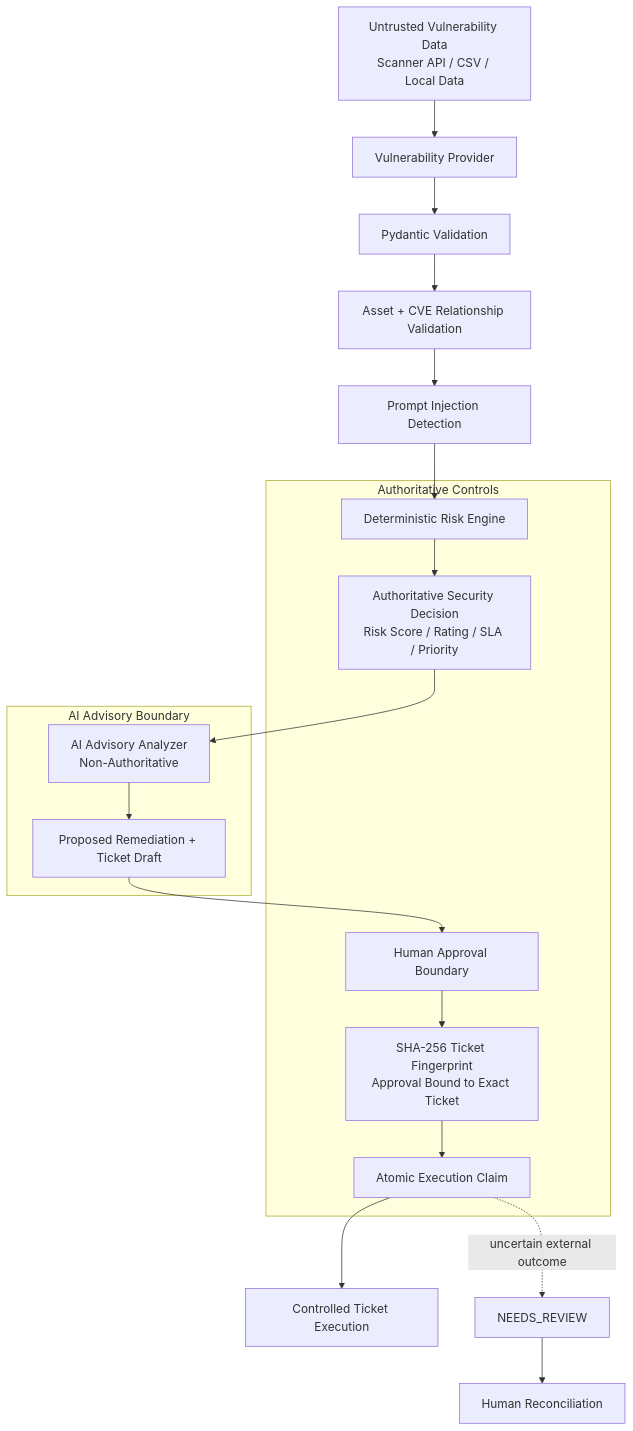
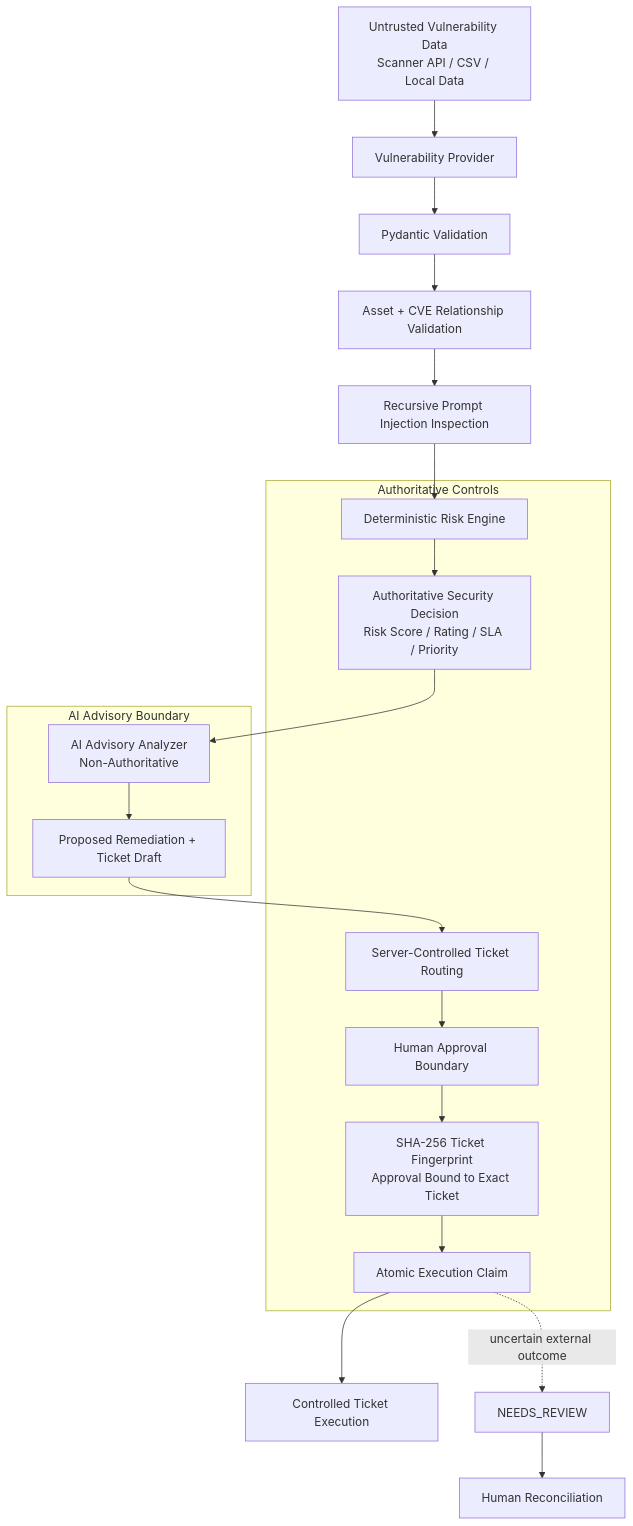
The diagram in README.md (shabaaz3000-oss/vm-ai-agent), drawn with Mermaid before and after one commit. The commit also changed other lines of this file, not shown here.

````diff
--- a/README.md
+++ b/README.md
@@ -105,41 +171,44 @@
 ```mermaid
 flowchart TD
     A["Untrusted Vulnerability Data<br/>Scanner API / CSV / Local Data"] --> B["Vulnerability Provider"]
 
     B --> C["Pydantic Validation"]
     C --> D["Asset + CVE Relationship Validation"]
-    D --> E["Prompt Injection Detection"]
+    D --> E["Recursive Prompt Injection Inspection"]
 
     E --> F["Deterministic Risk Engine"]
 
     F --> G["Authoritative Security Decision<br/>Risk Score / Rating / SLA / Priority"]
 
     G --> H["AI Advisory Analyzer<br/>Non-Authoritative"]
 
     H --> I["Proposed Remediation + Ticket Draft"]
 
-    I --> J["Human Approval Boundary"]
+    I --> R["Server-Controlled Ticket Routing"]
+
+    R --> J["Human Approval Boundary"]
 
     J --> K["SHA-256 Ticket Fingerprint<br/>Approval Bound to Exact Ticket"]
 
     K --> L["Atomic Execution Claim"]
 
     L --> M["Controlled Ticket Execution"]
 
     L -. "uncertain external outcome" .-> N["NEEDS_REVIEW"]
 
     N --> O["Human Reconciliation"]
 
     subgraph Authority["Authoritative Controls"]
         F
         G
+        R
         J
         K
         L
     end
 
     subgraph Advisory["AI Advisory Boundary"]
         H
         I
     end
 ```
````
